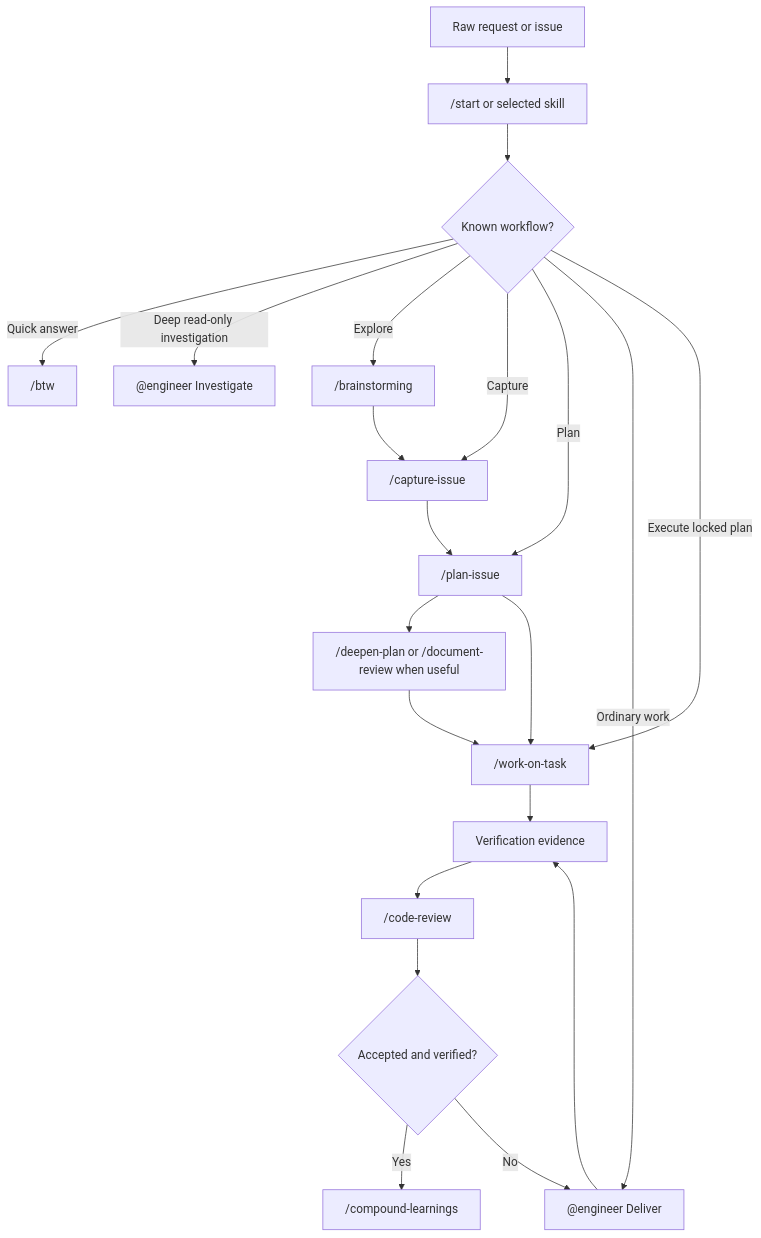
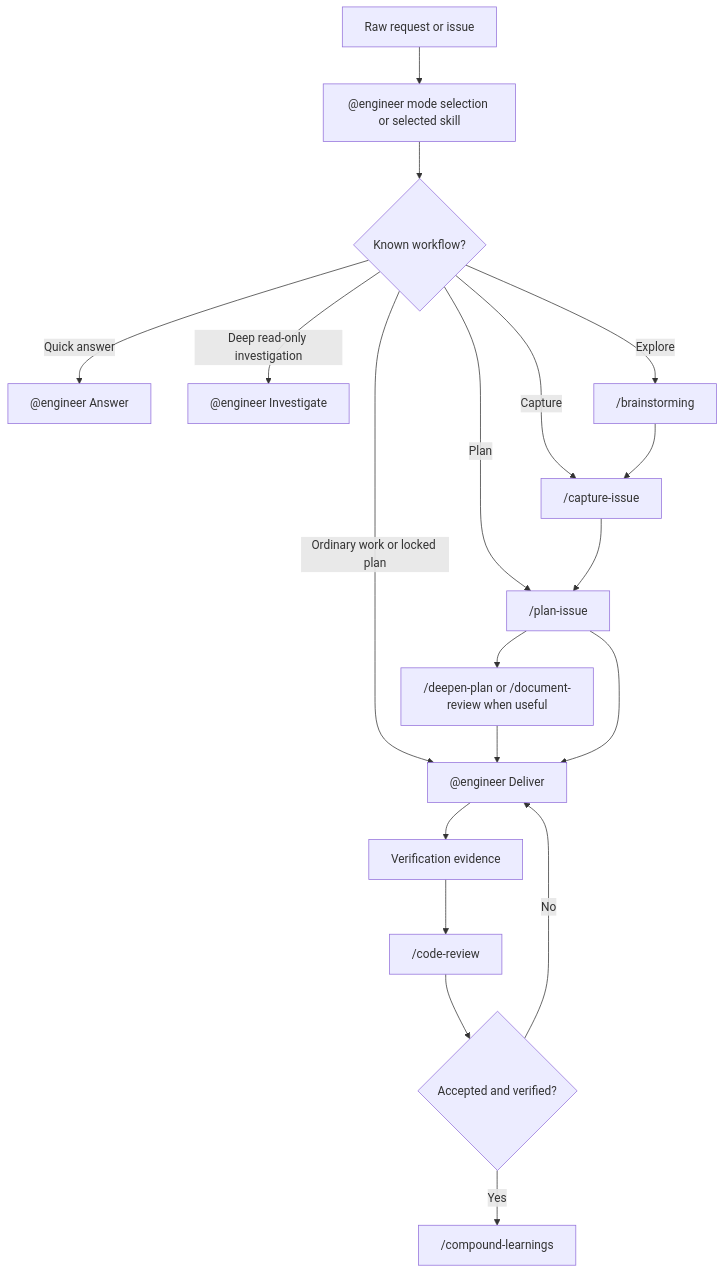
One commit to noodlemind/prompt-library changed the diagram in docs/architecture/skill-driven-prompt-library.md. Above: the diagram before and after it, drawn with Mermaid. The commit also changed other lines of this file and 104 other files, not shown here.

````diff
--- a/docs/architecture/skill-driven-prompt-library.md
+++ b/docs/architecture/skill-driven-prompt-library.md
@@ -169,24 +169,22 @@
 ```mermaid
 flowchart TD
-  A["Raw request or issue"] --> B["/start or selected skill"]
+  A["Raw request or issue"] --> B["@engineer mode selection or selected skill"]
   B --> C{"Known workflow?"}
-  C -->|Quick answer| Q["/btw"]
+  C -->|Quick answer| Q["@engineer Answer"]
   C -->|Deep read-only investigation| R["@engineer Investigate"]
   C -->|Explore| D["/brainstorming"]
   C -->|Capture| E["/capture-issue"]
   C -->|Plan| F["/plan-issue"]
-  C -->|Ordinary work| G["@engineer Deliver"]
-  C -->|Execute locked plan| W["/work-on-task"]
+  C -->|Ordinary work or locked plan| G["@engineer Deliver"]
   D --> E
   E --> F
   F --> H["/deepen-plan or /document-review when useful"]
-  H --> W
-  F --> W
+  H --> G
+  F --> G
   G --> I
-  W --> I
   I["Verification evidence"]
   I --> J["/code-review"]
   J --> K{"Accepted and verified?"}
   K -->|Yes| L["/compound-learnings"]
   K -->|No| G
 ```
````
